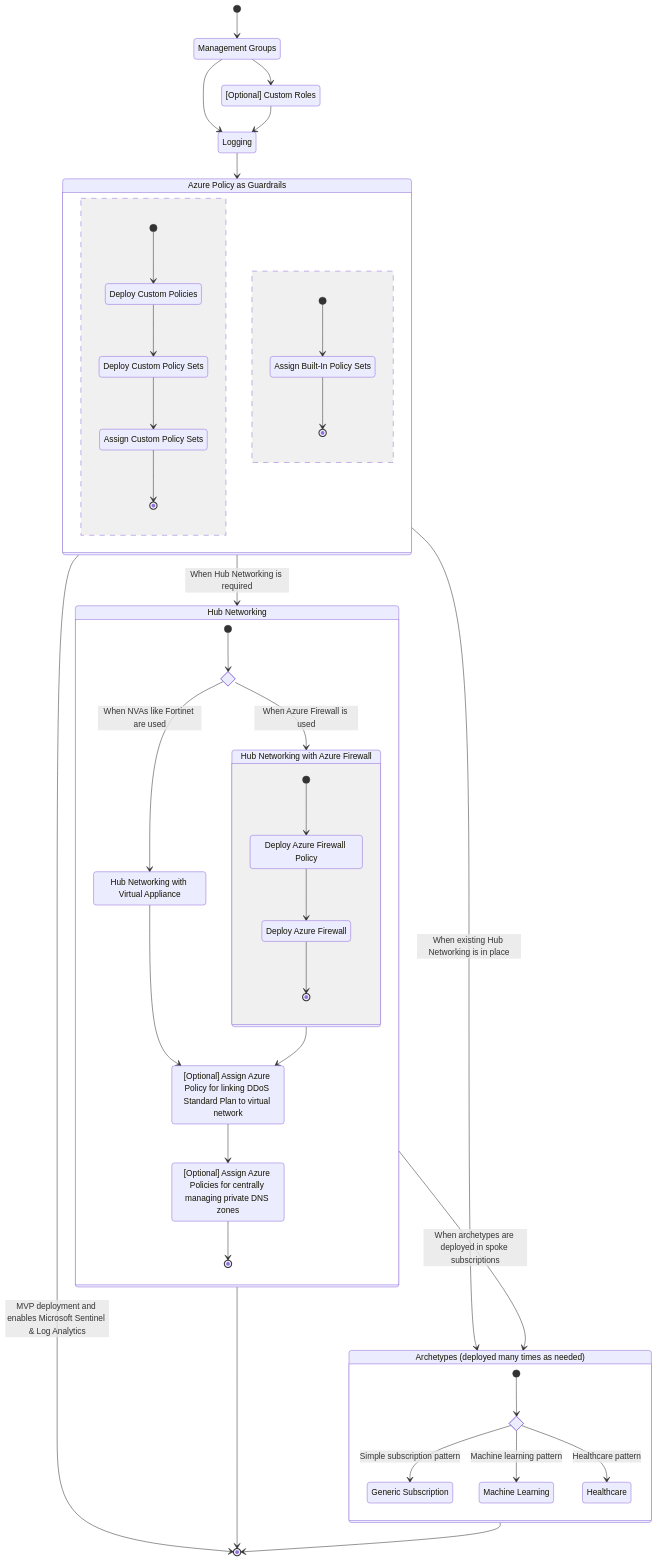
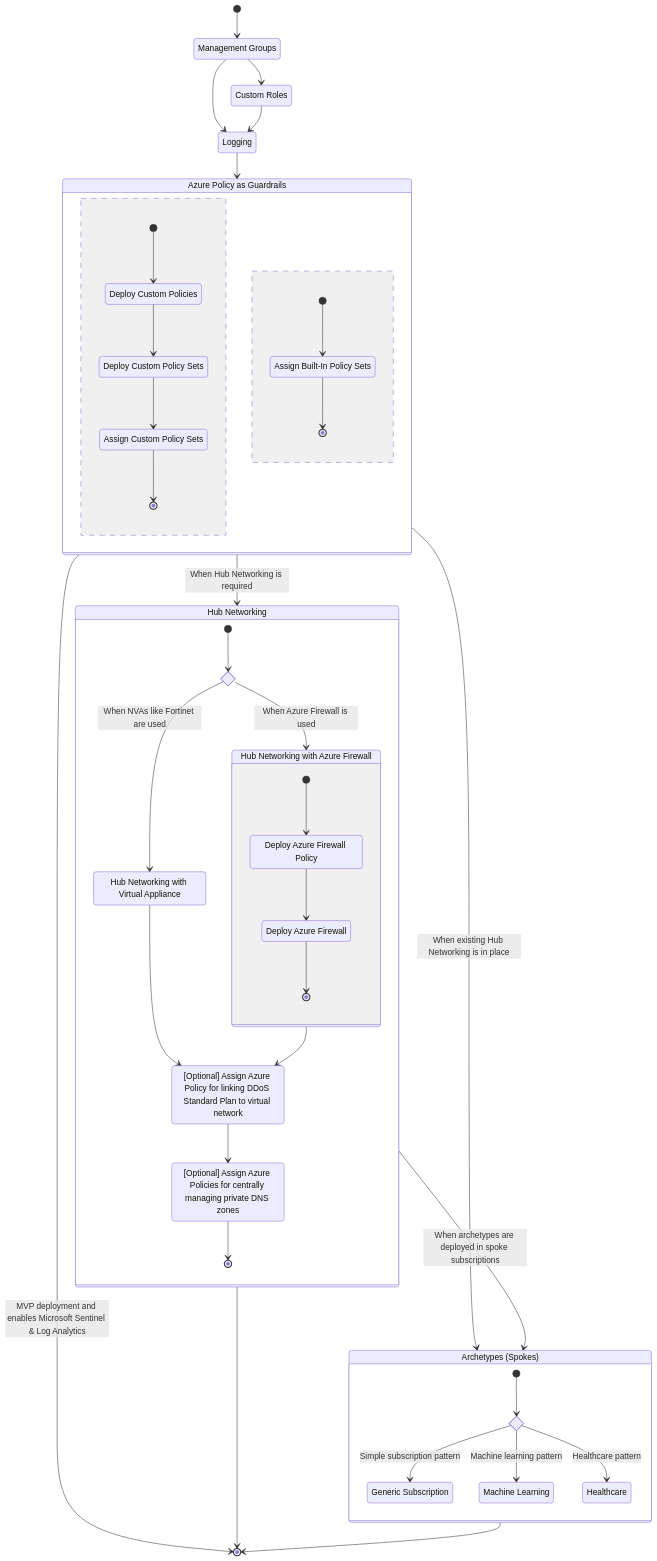
The second of 2 diagrams in docs/onboarding/azure-devops-pipelines.md (Azure/CanadaPubSecALZ), drawn with Mermaid before and after one commit. The commit also changed other lines of this file, not shown here.

````diff
--- a/docs/onboarding/azure-devops-pipelines.md
+++ b/docs/onboarding/azure-devops-pipelines.md
@@ -52,7 +82,7 @@
 ```mermaid
   stateDiagram-v2
     ManagementGroups: Management Groups
-    CustomRoles: [Optional] Custom Roles
+    CustomRoles: Custom Roles
     Logging: Logging
 
     Policy: Azure Policy as Guardrails
@@ -69,7 +99,7 @@
     AssignDDOSPolicy: [Optional] Assign Azure Policy for linking DDoS Standard Plan to virtual network
     AssignPrivateDNSZonesPolicy: [Optional] Assign Azure Policies for centrally managing private DNS zones
 
-    Archetypes: Archetypes (deployed many times as needed)
+    Archetypes: Archetypes (Spokes)
     DeployGenericSubscriptionArchetype: Generic Subscription
     DeployMachineLearningArchetype: Machine Learning
     DeployHealthcareArchetype: Healthcare
````
